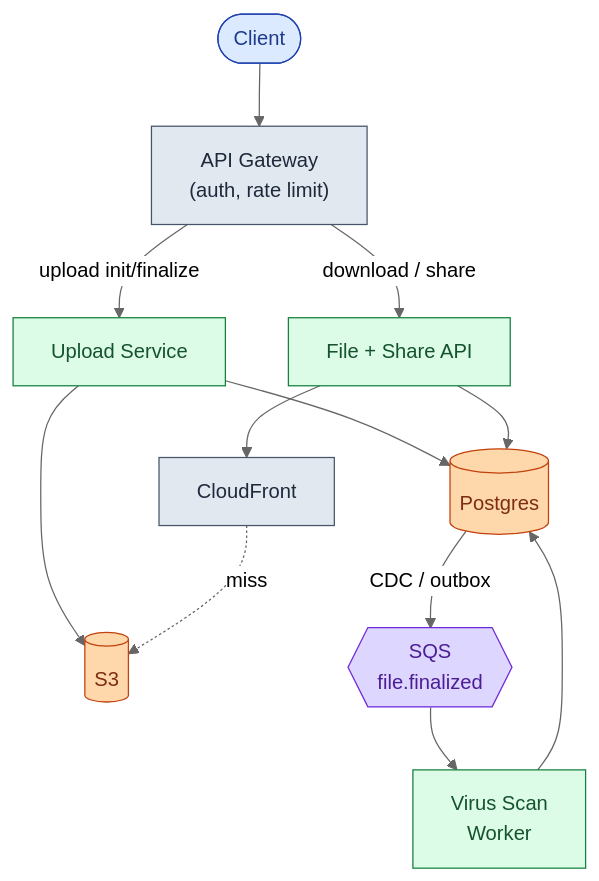
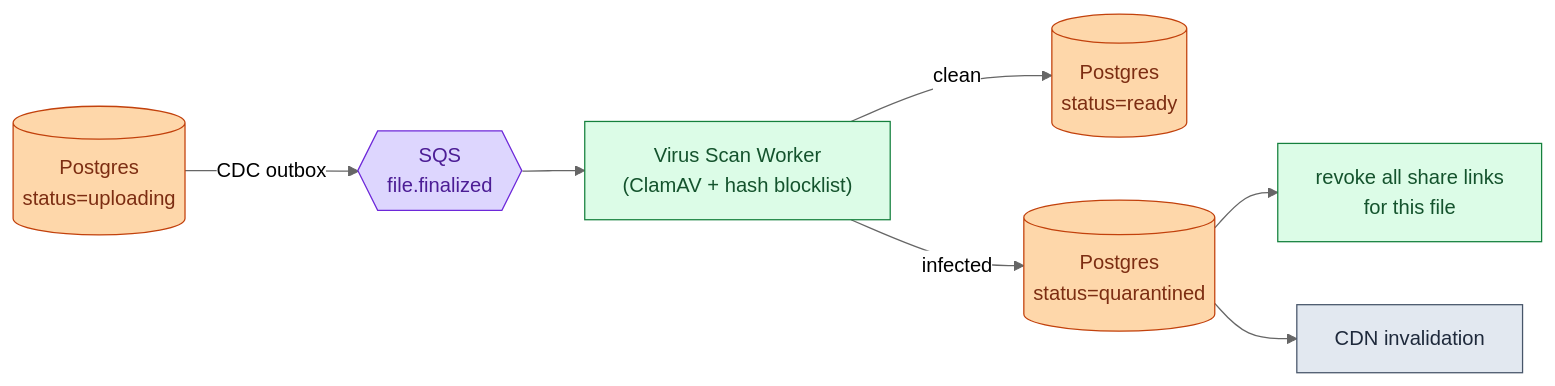
The tenth of 19 diagrams in _practice/system-design/020-file-upload-share.md (shiningflash/shiningflash.github.io), drawn with Mermaid (neutral theme) before and after one commit. The commit also changed other lines of this file and 18 other files, not shown here.

````diff
--- a/_practice/system-design/020-file-upload-share.md
+++ b/_practice/system-design/020-file-upload-share.md
@@ -366,21 +411,14 @@
 ```mermaid
-flowchart TB
-    C([Client]):::user --> GW["API Gateway<br/>(auth, rate limit)"]:::edge
-    GW -->|upload init/finalize| US["Upload Service"]:::app
-    GW -->|download / share| FA["File + Share API"]:::app
-    US --> DB[("Postgres")]:::db
-    US --> S3[("S3")]:::db
-    FA --> DB
-    FA --> CF["CloudFront"]:::edge
-    CF -.miss.-> S3
+flowchart LR
+    DB[("Postgres<br/>status=uploading")]:::db -->|CDC outbox| Q{{"SQS<br/>file.finalized"}}:::queue
+    Q --> VS["Virus Scan Worker<br/>(ClamAV + hash blocklist)"]:::app
+    VS -->|clean| DB2[("Postgres<br/>status=ready")]:::db
+    VS -->|infected| DB3[("Postgres<br/>status=quarantined")]:::db
+    DB3 --> RL["revoke all share links<br/>for this file"]:::app
+    DB3 --> CF["CDN invalidation"]:::edge
 
-    DB -->|CDC / outbox| Q{{"SQS<br/>file.finalized"}}:::queue
-    Q --> VS["Virus Scan<br/>Worker"]:::app
-    VS --> DB
-
-    classDef user  fill:#dbeafe,stroke:#1e40af,color:#1e3a8a
-    classDef edge  fill:#e2e8f0,stroke:#475569,color:#1e293b
-    classDef app   fill:#dcfce7,stroke:#15803d,color:#14532d
     classDef db    fill:#fed7aa,stroke:#c2410c,color:#7c2d12
     classDef queue fill:#ddd6fe,stroke:#6d28d9,color:#4c1d95
+    classDef app   fill:#dcfce7,stroke:#15803d,color:#14532d
+    classDef edge  fill:#e2e8f0,stroke:#475569,color:#1e293b
 ```
````
